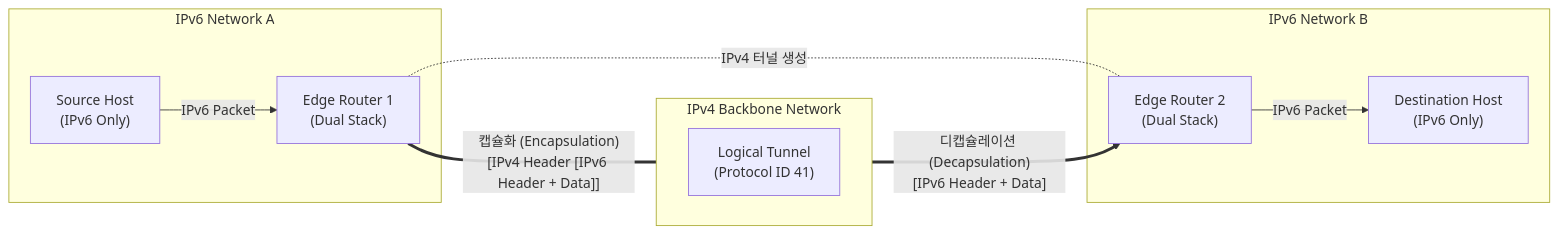
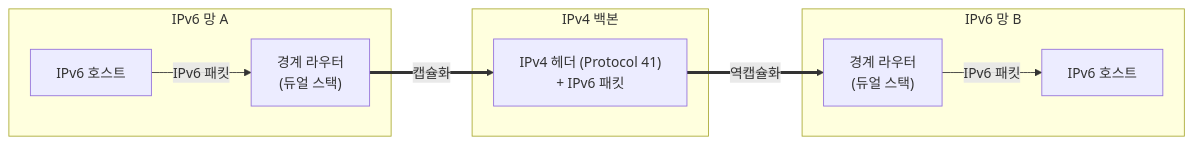
One commit to supremethumb/supremethumb.github.io changed the diagram in content/01_IT Tech/IPv4와 IPv6 터널링.md. Above: the diagram before and after it, drawn with Mermaid. The commit also changed other lines of this file and 1087 other files, not shown here.

````diff
--- a/content/01_IT Tech/IPv4와 IPv6 터널링.md
+++ b/content/01_IT Tech/IPv4와 IPv6 터널링.md
@@ -26,26 +36,13 @@
 ```mermaid
 flowchart LR
-    subgraph "IPv6 Network A"
-        HostA["Source Host<br/>(IPv6 Only)"]
-        RouterA["Edge Router 1<br/>(Dual Stack)"]
-        HostA -- "IPv6 Packet" --> RouterA
+    subgraph V6A["IPv6 망 A"]
+        HA["IPv6 호스트"] -- "IPv6 패킷" --> RA["경계 라우터<br/>(듀얼 스택)"]
     end
-    
-    subgraph "IPv4 Backbone Network"
-        direction LR
-        Tunnel["Logical Tunnel<br/>(Protocol ID 41)"]
+    subgraph V4["IPv4 백본"]
+        T["IPv4 헤더 (Protocol 41)<br/>+ IPv6 패킷"]
     end
-    
-    subgraph "IPv6 Network B"
-        RouterB["Edge Router 2<br/>(Dual Stack)"]
-        HostB["Destination Host<br/>(IPv6 Only)"]
-        RouterB -- "IPv6 Packet" --> HostB
+    subgraph V6B["IPv6 망 B"]
+        RB["경계 라우터<br/>(듀얼 스택)"] -- "IPv6 패킷" --> HB["IPv6 호스트"]
     end
-
-    RouterA == "캡슐화 (Encapsulation)\n[IPv4 Header [IPv6 Header + Data]]" === Tunnel
-    Tunnel == "디캡슐레이션 (Decapsulation)\n[IPv6 Header + Data]" ==> RouterB
-
-    RouterA -. "IPv4 터널 생성" .- RouterB
-
-
+    RA == "캡슐화" ==> T == "역캡슐화" ==> RB
 ```
````
